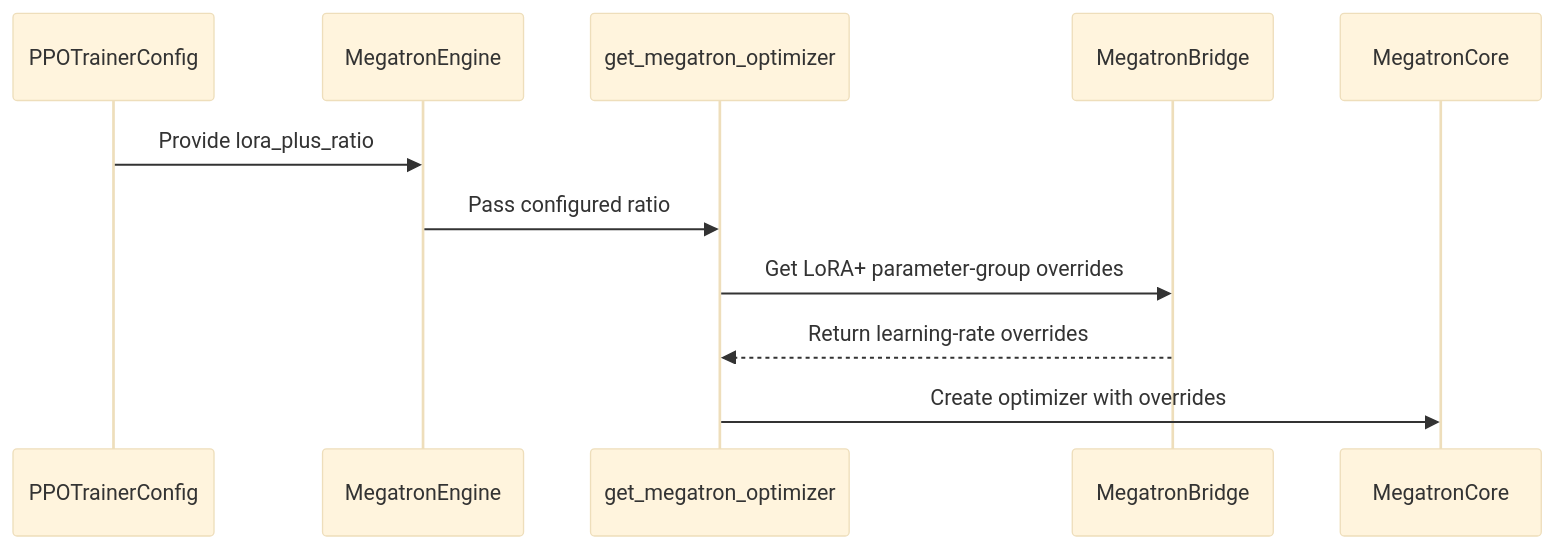
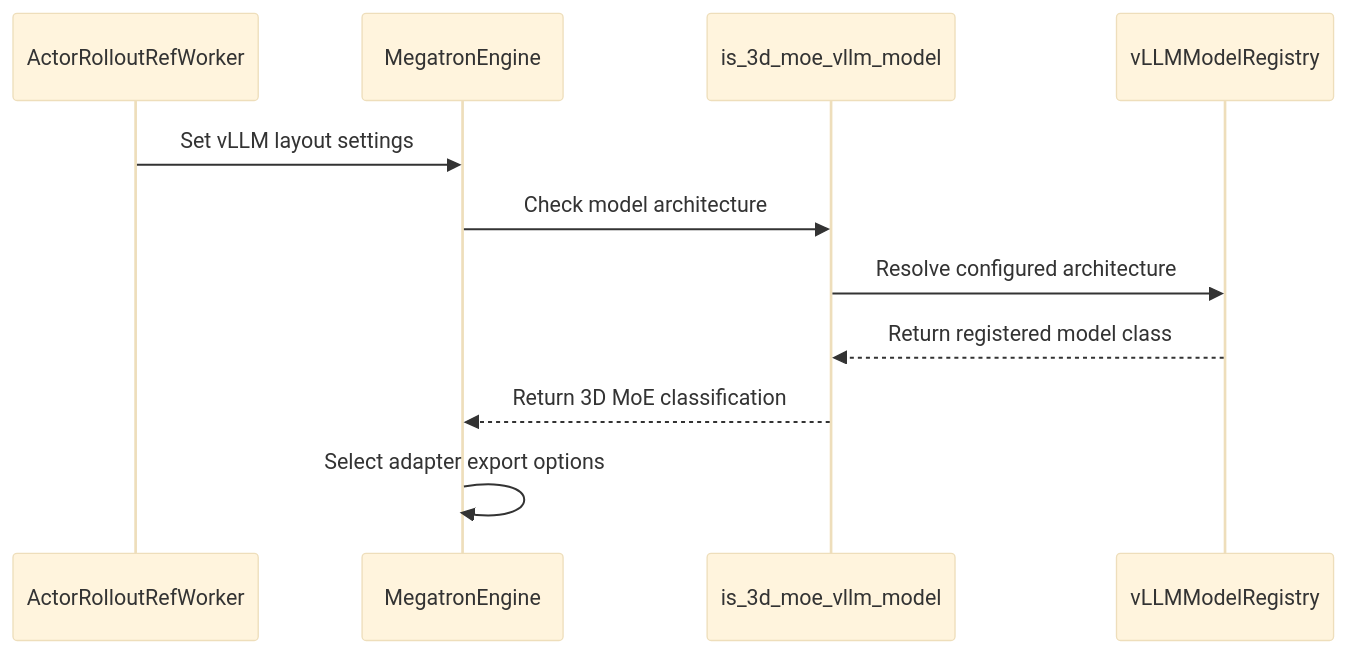
The diagram in knowledge/projects/verl/knowledgebase/upstream/prs/verl-project--verl/PR-7484.md (yuguo-Jack/HCU-TrainFlow), drawn with Mermaid (base theme) before and after one commit. The commit also changed other lines of this file and 42044 other files, not shown here.

````diff
--- a/knowledge/projects/verl/knowledgebase/upstream/prs/verl-project--verl/PR-7484.md
+++ b/knowledge/projects/verl/knowledgebase/upstream/prs/verl-project--verl/PR-7484.md
@@ -998,13 +2472,13 @@
 ```mermaid
 sequenceDiagram
-  participant PPOTrainerConfig
+  participant ActorRolloutRefWorker
   participant MegatronEngine
-  participant get_megatron_optimizer
-  participant MegatronBridge
-  participant MegatronCore
-  PPOTrainerConfig->>MegatronEngine: Provide lora_plus_ratio
-  MegatronEngine->>get_megatron_optimizer: Pass configured ratio
-  get_megatron_optimizer->>MegatronBridge: Get LoRA+ parameter-group overrides
-  MegatronBridge-->>get_megatron_optimizer: Return learning-rate overrides
-  get_megatron_optimizer->>MegatronCore: Create optimizer with overrides
+  participant is_3d_moe_vllm_model
+  participant vLLMModelRegistry
+  ActorRolloutRefWorker->>MegatronEngine: Set vLLM layout settings
+  MegatronEngine->>is_3d_moe_vllm_model: Check model architecture
+  is_3d_moe_vllm_model->>vLLMModelRegistry: Resolve configured architecture
+  vLLMModelRegistry-->>is_3d_moe_vllm_model: Return registered model class
+  is_3d_moe_vllm_model-->>MegatronEngine: Return 3D MoE classification
+  MegatronEngine->>MegatronEngine: Select adapter export options
 ```
````
